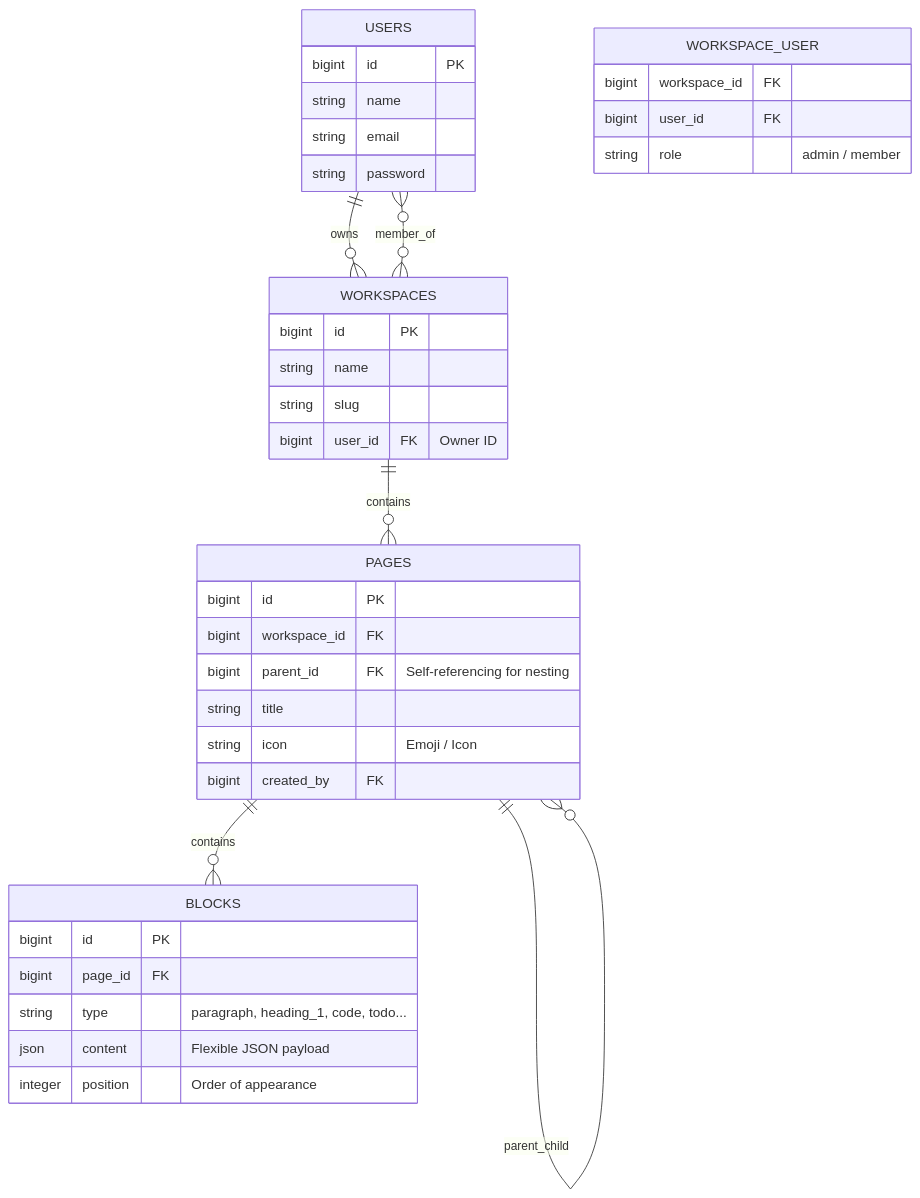
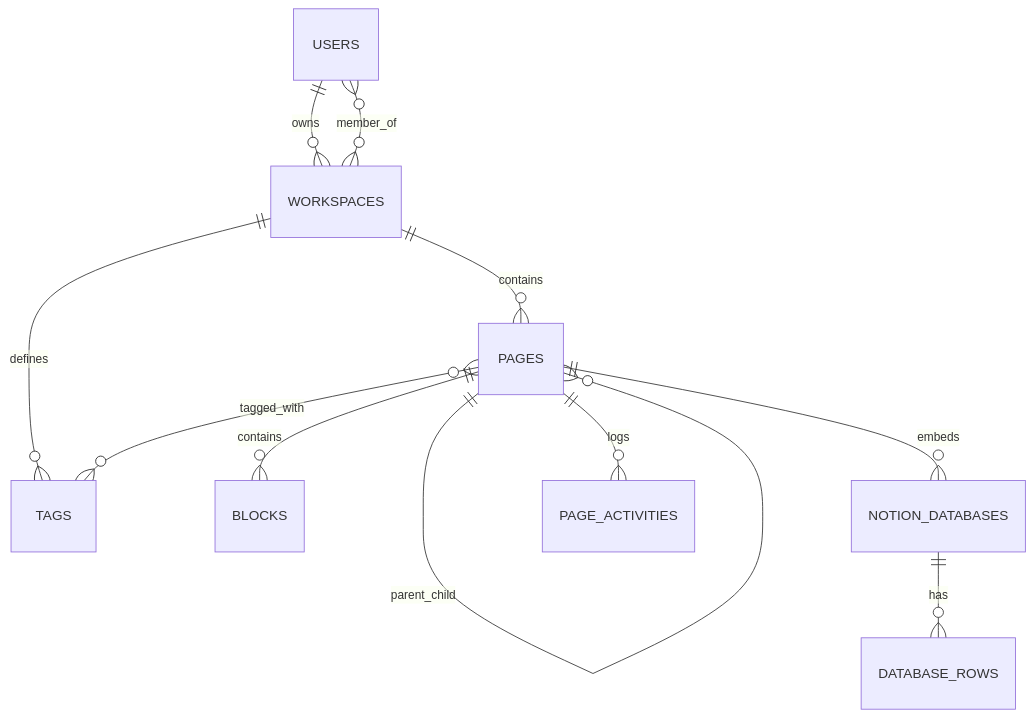
The diagram in PROJECT_CONTEXT.md (AhhmedJamal/Ticket), drawn with Mermaid before and after one commit. The commit also changed other lines of this file and 6 other files, not shown here.

````diff
--- a/PROJECT_CONTEXT.md
+++ b/PROJECT_CONTEXT.md
@@ -106,45 +119,13 @@
 ```mermaid
 erDiagram
     USERS ||--o{ WORKSPACES : owns
     USERS }o--o{ WORKSPACES : member_of
     WORKSPACES ||--o{ PAGES : contains
+    WORKSPACES ||--o{ TAGS : defines
     PAGES ||--o{ PAGES : parent_child
     PAGES ||--o{ BLOCKS : contains
-
-    USERS {
-        bigint id PK
-        string name
-        string email
-        string password
-    }
-
-    WORKSPACES {
-        bigint id PK
-        string name
-        string slug
-        bigint user_id FK "Owner ID"
-    }
-
-    WORKSPACE_USER {
-        bigint workspace_id FK
-        bigint user_id FK
-        string role "admin / member"
-    }
-
-    PAGES {
-        bigint id PK
-        bigint workspace_id FK
-        bigint parent_id FK "Self-referencing for nesting"
-        string title
-        string icon "Emoji / Icon"
-        bigint created_by FK
-    }
-
-    BLOCKS {
-        bigint id PK
-        bigint page_id FK
-        string type "paragraph, heading_1, code, todo..."
-        json content "Flexible JSON payload"
-        integer position "Order of appearance"
-    }
+    PAGES }o--o{ TAGS : tagged_with
+    PAGES ||--o{ NOTION_DATABASES : embeds
+    NOTION_DATABASES ||--o{ DATABASE_ROWS : has
+    PAGES ||--o{ PAGE_ACTIVITIES : logs
 ```
````
